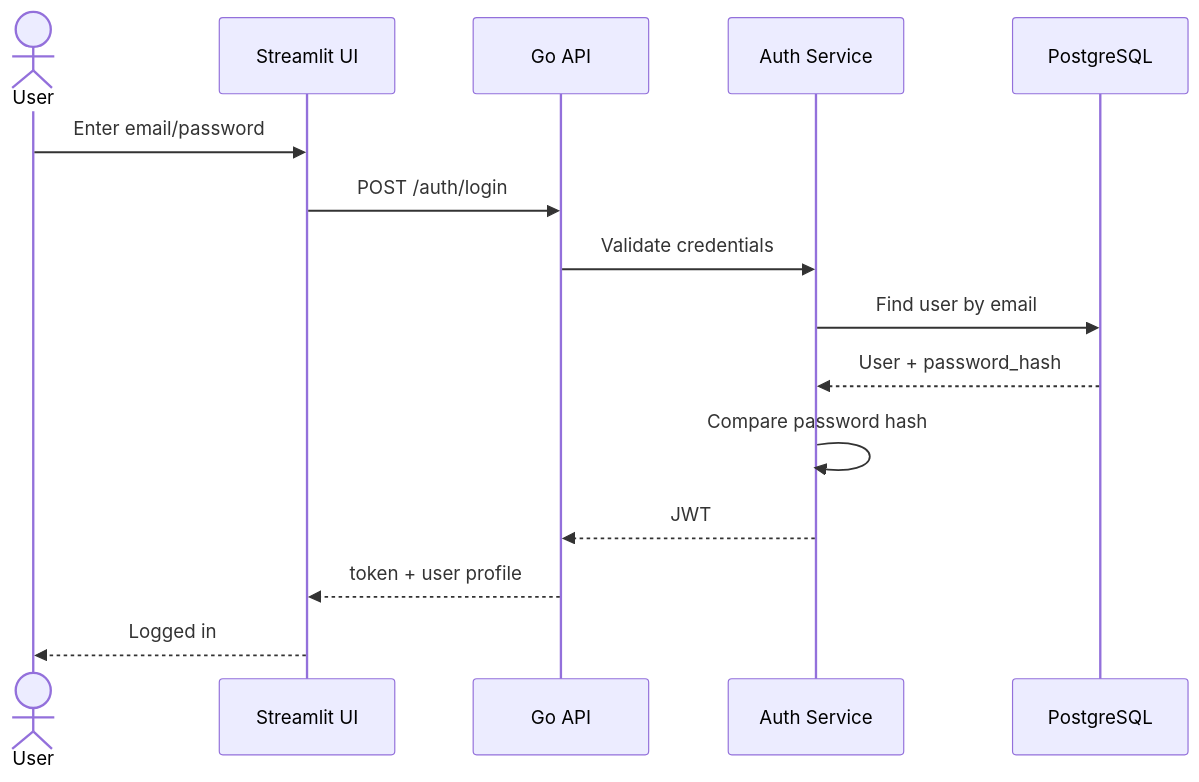
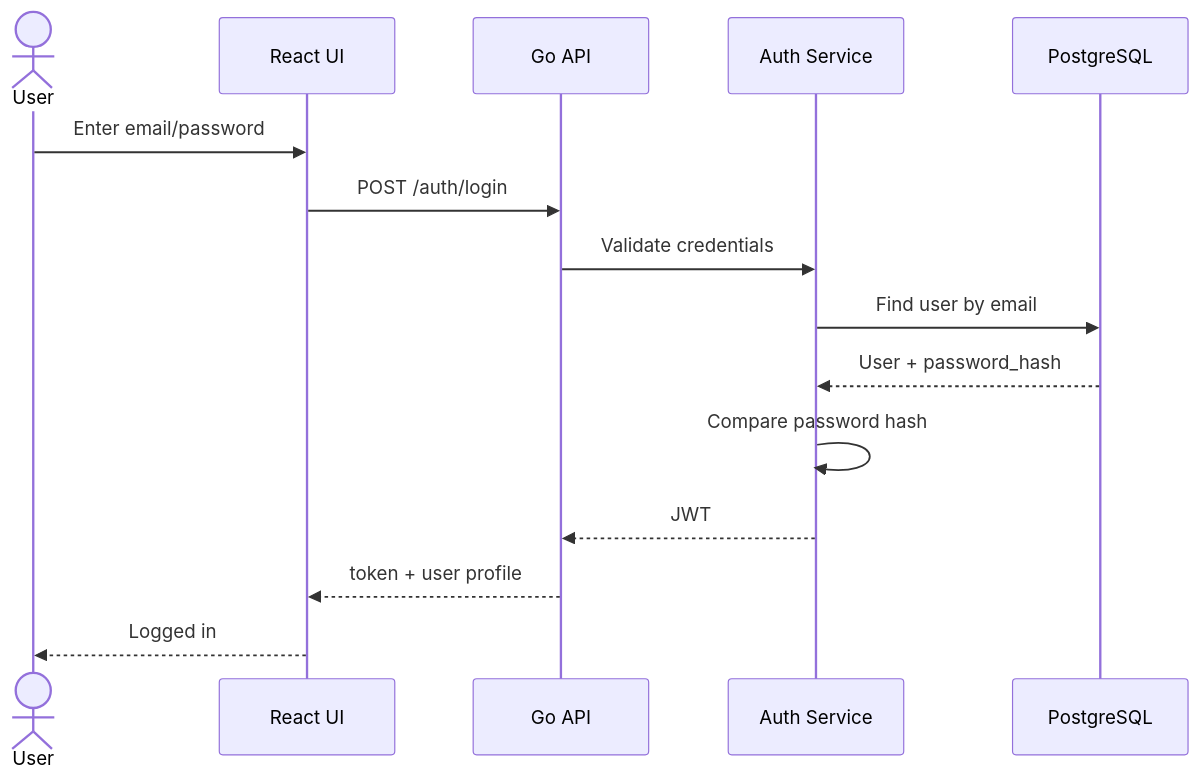
One commit to tarunngusain08/knowledge-forge changed the second of 9 diagrams in docs/03-usecases-sequence-diagrams.md. Above: the diagram before and after it, drawn with Mermaid. The commit also changed other lines of this file and 13 other files, not shown here.

````diff
--- a/docs/03-usecases-sequence-diagrams.md
+++ b/docs/03-usecases-sequence-diagrams.md
@@ -33,18 +33,18 @@
 ```mermaid
 sequenceDiagram
   actor User
-  participant UI as Streamlit UI
+  participant UI as React UI
   participant API as Go API
   participant Auth as Auth Service
   participant DB as PostgreSQL
 
   User->>UI: Enter email/password
   UI->>API: POST /auth/login
   API->>Auth: Validate credentials
   Auth->>DB: Find user by email
   DB-->>Auth: User + password_hash
   Auth->>Auth: Compare password hash
   Auth-->>API: JWT
   API-->>UI: token + user profile
   UI-->>User: Logged in
 ```
````
